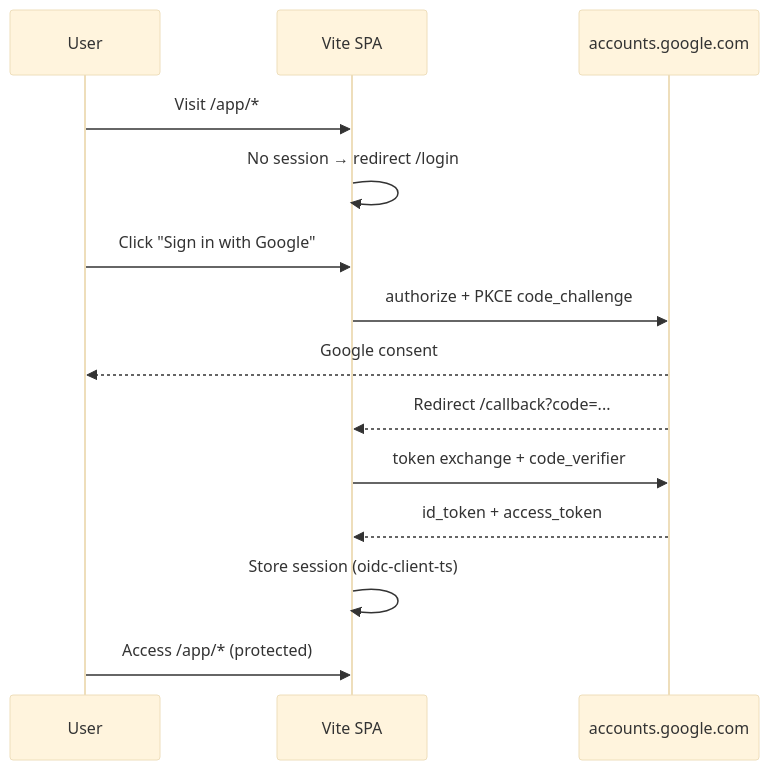
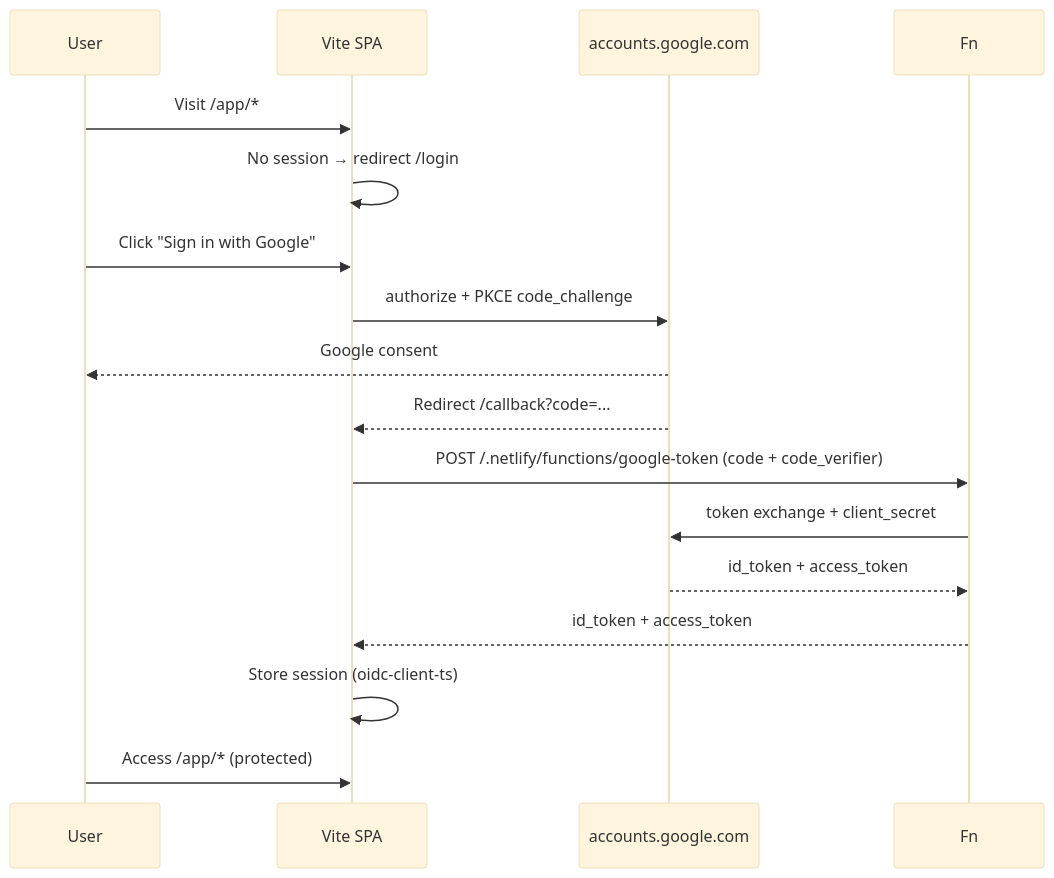
Before and after one commit to ur92/get-tlush: the diagram in specs/auth/SPEC.md, drawn with Mermaid (base theme). The commit also changed other lines of this file and 8 other files, not shown here.

Commit message:
Add Google OIDC auth with server-side token exchange and local dev bypass

````diff
--- a/specs/auth/SPEC.md
+++ b/specs/auth/SPEC.md
@@ -54,17 +74,19 @@
 ```mermaid
 sequenceDiagram
   participant User
   participant SPA as Vite SPA
   participant Google as accounts.google.com
 
   User->>SPA: Visit /app/*
   SPA->>SPA: No session → redirect /login
   User->>SPA: Click "Sign in with Google"
   SPA->>Google: authorize + PKCE code_challenge
   Google-->>User: Google consent
   Google-->>SPA: Redirect /callback?code=...
-  SPA->>Google: token exchange + code_verifier
-  Google-->>SPA: id_token + access_token
+  SPA->>Fn: POST /.netlify/functions/google-token (code + code_verifier)
+  Fn->>Google: token exchange + client_secret
+  Google-->>Fn: id_token + access_token
+  Fn-->>SPA: id_token + access_token
   SPA->>SPA: Store session (oidc-client-ts)
   User->>SPA: Access /app/* (protected)
 ```
````
